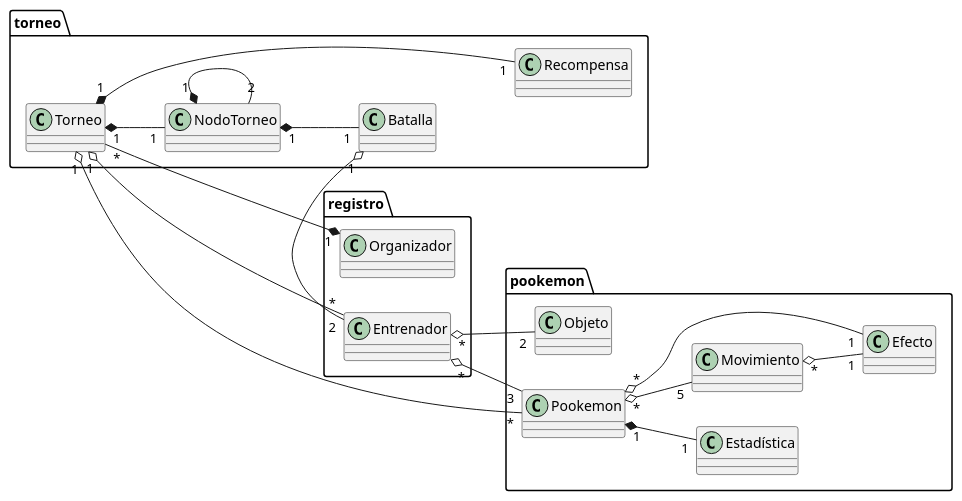
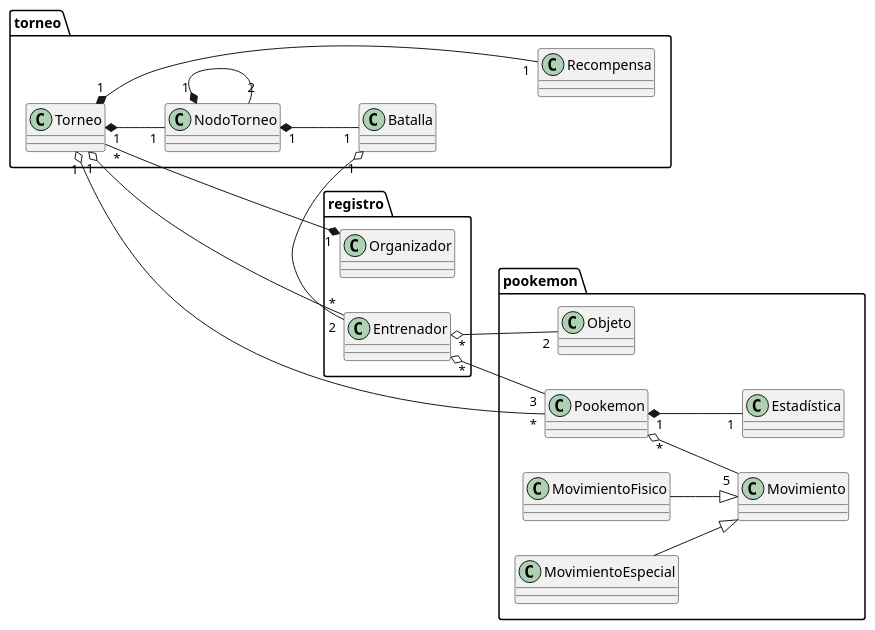
The diagram in 4 diagrama de clases/diagrama de clases general.plantuml (Edmh1/Poo-Kemon-proyecto), drawn with PlantUML before and after one commit. The commit also changed 7 other files, not shown here.

Commit message:
implementacion de clase pookemon, movimiento y estadistica

```diff
--- a/4 diagrama de clases/diagrama de clases general.plantuml
+++ b/4 diagrama de clases/diagrama de clases general.plantuml
@@ -1,81 +1,83 @@
 @startuml diagrama de clases
 
 left to right direction
 
 package "registro" {
     class Entrenador {
 
     }
 
     class Organizador {
-
-    }
-
-}
-
-package "pookemon" {
-    class Pookemon {
-
-    }
-
-    class Estadística {
-
-    }
-
-    class Movimiento {
-
-    }
-
-    class Objeto{
-
-    }
-
-    class Efecto{
 
     }
 
 }
 
 package "torneo" {
     class Batalla {
 
     }
 
     class NodoTorneo {
       
     }
 
     class Torneo {
     
     }
 
     class Recompensa {
       
     }
 }
 
+package "pookemon" {
+    class Pookemon {
+
+    }
+
+    class Objeto{
+
+    }
+
+    class Estadística {
+
+    }
+
+    class Movimiento {
+
+    }
+
+    class MovimientoFisico{
+
+    }
+
+    class MovimientoEspecial
+
+}
+
 Entrenador "*" o-- "3" Pookemon 
 Entrenador "*" o-- "2" Objeto
 
 Pookemon "*" o-- "5" Movimiento
 Pookemon "1" *-- "1" Estadística
-Pookemon "*" o-- "1" Efecto
-Movimiento "*" o-- "1" Efecto
 
+MovimientoFisico --|> Movimiento
+MovimientoEspecial --|> Movimiento
 
 
 Organizador "1" *-- "*" Torneo
 
 Torneo "1" o--- "*" Entrenador
 Torneo "1" o-- "*" Pookemon
 Torneo "1" *---- "1" Recompensa
 Torneo "1" *-- "1" NodoTorneo
 
 
 NodoTorneo "1" *-- "2" NodoTorneo
 NodoTorneo "1" *-- "1" Batalla
 
 Batalla "1" o-- "2" Entrenador
 
 
 @enduml
```
